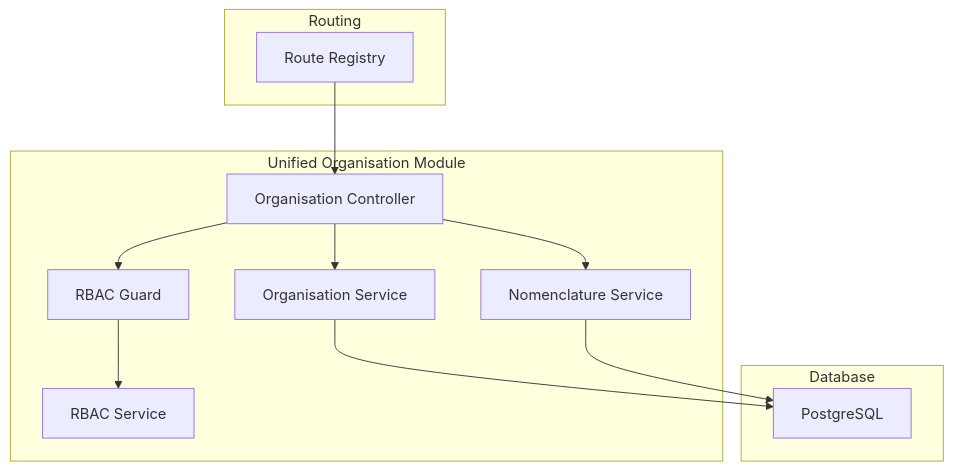
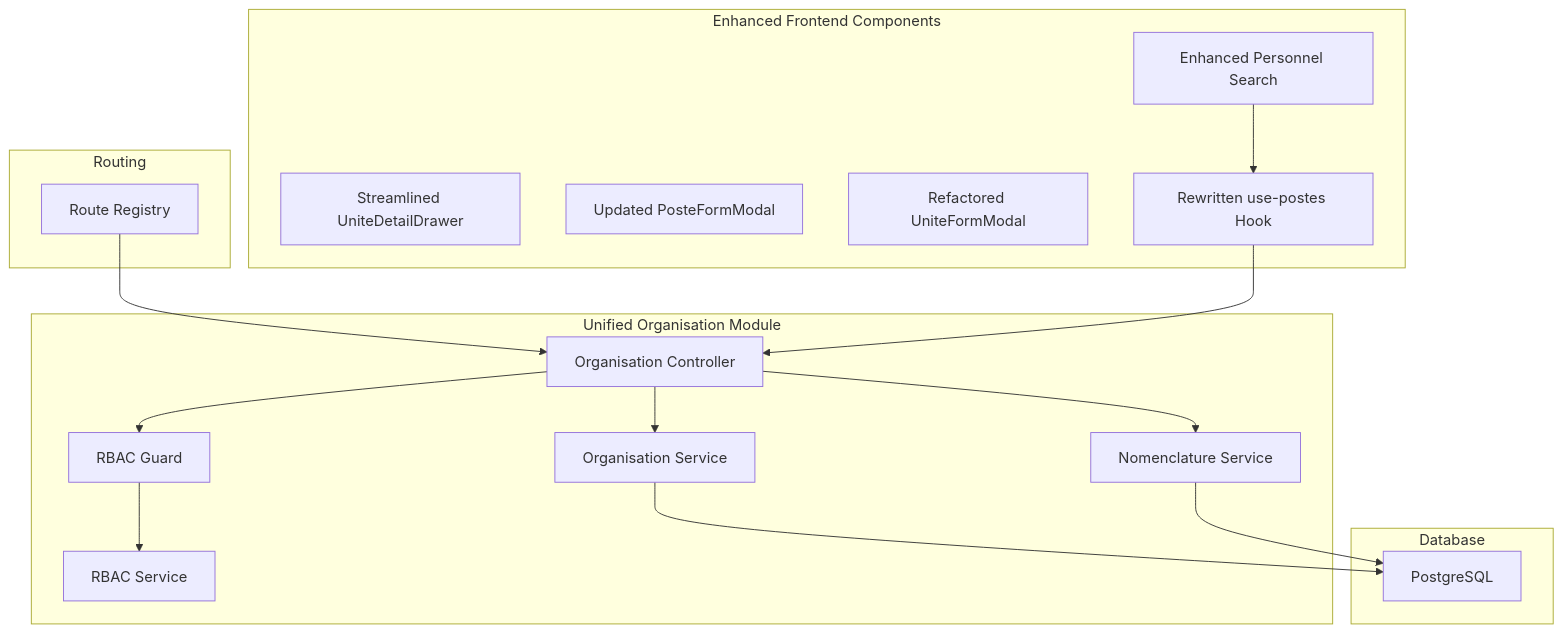
Before and after one commit to franckylab/eLISAschool: the first of 8 diagrams in .qoder/repowiki/en/content/Human Resources Management/Personnel Administration/Organizational Structure.md, drawn with Mermaid. The commit also changed other lines of this file and 78 other files, not shown here.

````diff
--- a/.qoder/repowiki/en/content/Human Resources Management/Personnel Administration/Organizational Structure.md
+++ b/.qoder/repowiki/en/content/Human Resources Management/Personnel Administration/Organizational Structure.md
@@ -48,23 +51,32 @@
 ```mermaid
 graph TB
 subgraph "Database"
 DB["PostgreSQL"]
 end
 subgraph "Unified Organisation Module"
 OrgCtrl["Organisation Controller"]
 OrgSvc["Organisation Service"]
 NomenclatureSvc["Nomenclature Service"]
 RbacGuard["RBAC Guard"]
 RbacSvc["RBAC Service"]
 end
+subgraph "Enhanced Frontend Components"
+UniteDetailDrawer["Streamlined UniteDetailDrawer"]
+PosteFormModal["Updated PosteFormModal"]
+UniteFormModal["Refactored UniteFormModal"]
+PersonnelSearch["Enhanced Personnel Search"]
+UsePostesHook["Rewritten use-postes Hook"]
+end
 subgraph "Routing"
 Router["Route Registry"]
 end
 Router --> OrgCtrl
 OrgCtrl --> OrgSvc
 OrgCtrl --> NomenclatureSvc
 OrgSvc --> DB
 NomenclatureSvc --> DB
 OrgCtrl --> RbacGuard
 RbacGuard --> RbacSvc
+UsePostesHook --> OrgCtrl
+PersonnelSearch --> UsePostesHook
 ```
````
